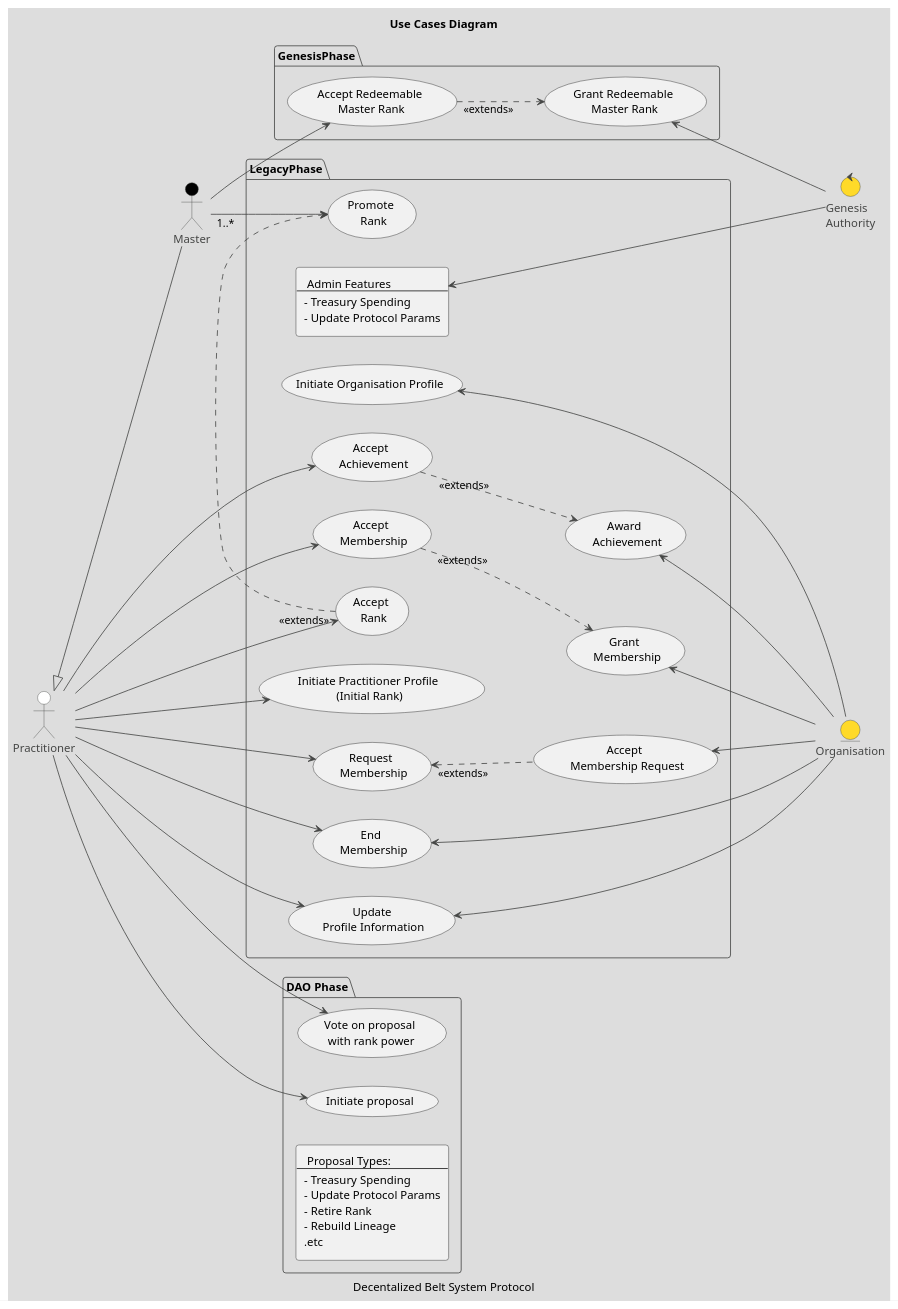
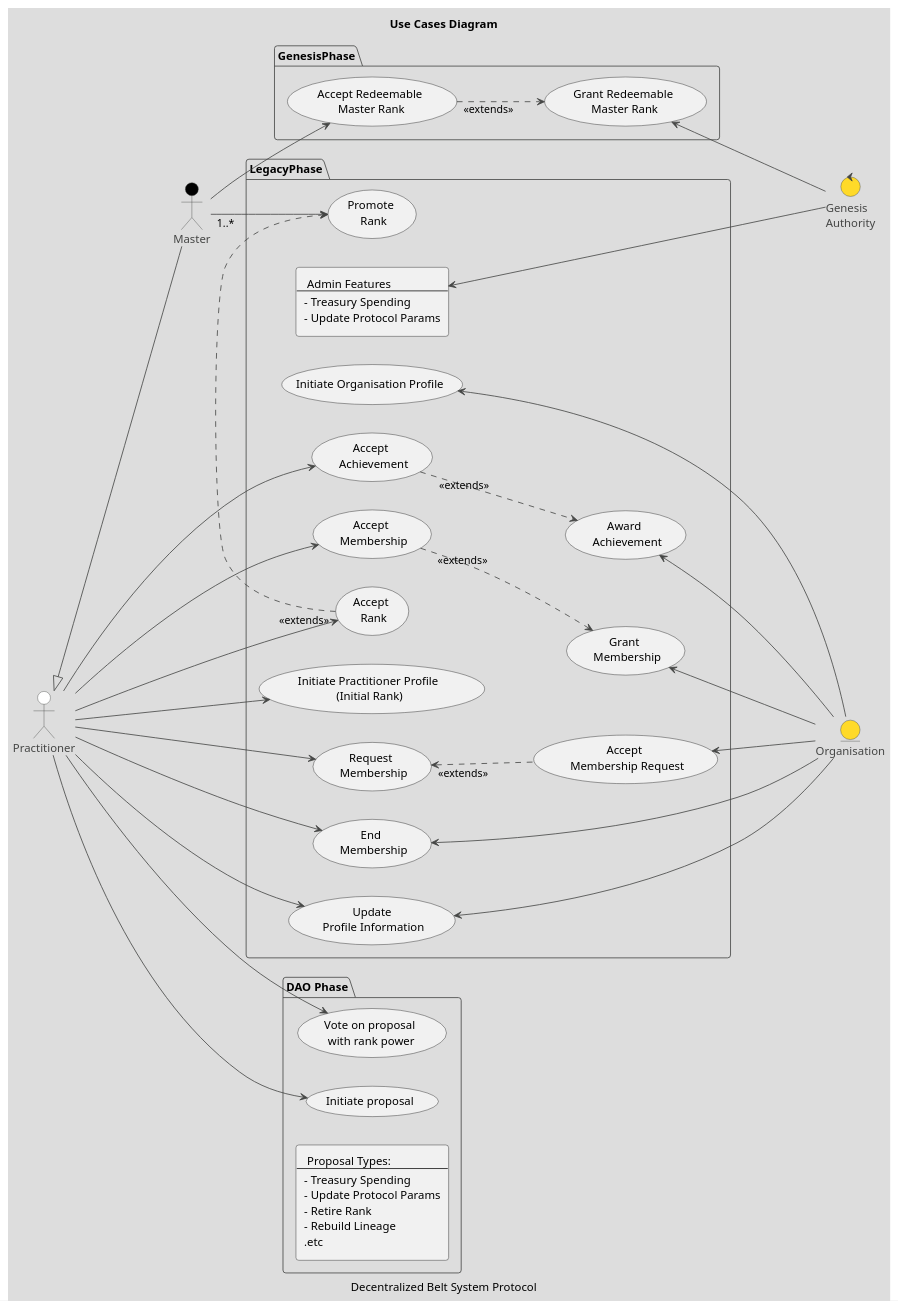
One commit to en7angled/Decentralized-Belt-System changed the diagram in puml/UsecaseDiagram.puml. Above: the diagram before and after it, drawn with PlantUML. The commit also changed 167 other files, not shown here.

```diff
--- a/puml/UsecaseDiagram.puml
+++ b/puml/UsecaseDiagram.puml
@@ -1,109 +1,109 @@
 @startuml ProtocolUsecases
 !theme toy
 title: Use Cases Diagram 
-caption: Decentalized Belt System Protocol 
+caption: Decentralized Belt System Protocol 
 
 
 entity Organisation
 actor Practitioner #white 
 actor Master #black
 control Genesis as "Genesis\nAuthority"
 
 
 left to right direction
 
 
 package GenesisPhase {
 
     usecase GrantRedeemableRank as "Grant Redeemable\n Master Rank"
     usecase AcceptRedeemableRank as "Accept Redeemable\n Master Rank"
 
     GrantRedeemableRank <.up. "<<extends>>" AcceptRedeemableRank
 
 }
 
 package LegacyPhase {
 
 
     usecase InitPractitioner as "Initiate Practitioner Profile \n(Initial Rank)"
     usecase InitOrganisation as "Initiate Organisation Profile"
     usecase UpdateProfileInfo as "Update\n Profile Information"
 
 
     usecase Promote as "Promote \n Rank"
     usecase AcceptRank as "Accept \n Rank"
 
     usecase AcceptAchievement as "Accept \n Achievement"
     usecase AcceptMembership as "Accept \n Membership"
     usecase RequestMembership as "Request \n Membership"
 
     usecase GrantAchievement as "Award \n Achievement"
     usecase GrantMembership as "Grant \n Membership"
     usecase AcceptRequestMembership as "Accept \n Membership Request"
     usecase EndMembership as "End \n Membership"
 
     rectangle AdminFeatures  as " Admin Features
     ---
     - Treasury Spending
     - Update Protocol Params
     "
 
     Promote <.left.. "<<extends>>" AcceptRank
     GrantMembership <.up. "<<extends>>" AcceptMembership
     GrantAchievement <.up. "<<extends>>" AcceptAchievement
     AcceptRequestMembership .up.> "<<extends>>" RequestMembership
 
 
 }
 
 
 
 
 package DAO_Phase as "DAO Phase"{
     usecase GovernanceVote as "Vote on proposal\n with rank power"
     usecase GovernanceProposal as "Initiate proposal"
     rectangle AdminFeatures2  as " Proposal Types:
     ---
     - Treasury Spending
     - Update Protocol Params
     - Retire Rank
     - Rebuild Lineage
     .etc
     "
 }
 
 
 
 
 Practitioner <|--- Master
 
 
 
 Genesis             -up-->     GrantRedeemableRank
 Genesis             -left->    AdminFeatures
 
 
 Master       "1..*"  -->     Promote
 
 Practitioner        -->     AcceptRank
 
 Practitioner        -->     InitPractitioner
 Practitioner        -->     EndMembership
 Practitioner        -down->     UpdateProfileInfo
 Practitioner        -down->     AcceptAchievement
 Practitioner        -down->     AcceptMembership
 Practitioner        -down->     RequestMembership
 
 Organisation        -up->     UpdateProfileInfo
 Organisation        --up->     InitOrganisation
 Organisation        --up->     EndMembership
 Organisation        --up->     GrantAchievement
 Organisation        --up->     GrantMembership
 Organisation        --up->     AcceptRequestMembership
 
 Master              -->     AcceptRedeemableRank
 
 Practitioner        ---->    GovernanceProposal
 Practitioner        ---->    GovernanceVote
 
 @enduml
```
